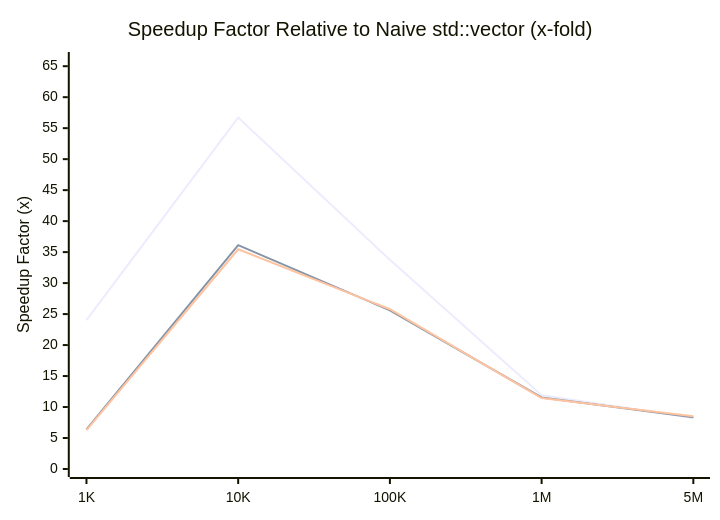
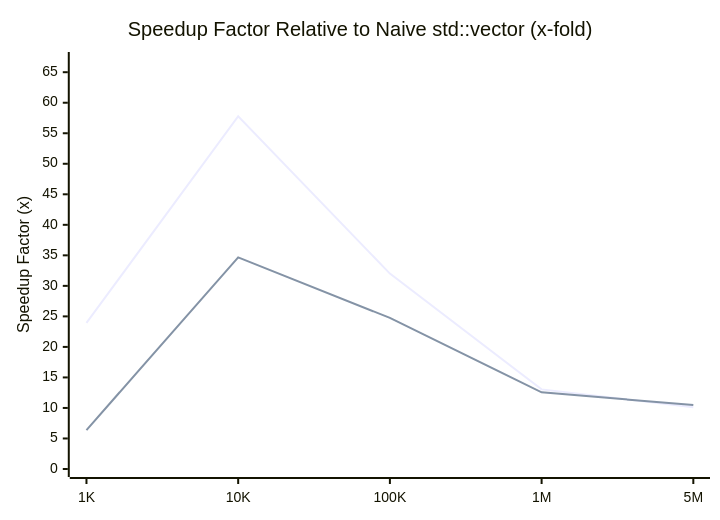
The second of 2 diagrams in README.md (maithreyanprabhu2907-prog/Vector), drawn with Mermaid before and after one commit. The commit also changed other lines of this file and 9 other files, not shown here.

````diff
--- a/README.md
+++ b/README.md
@@ -127,9 +126,8 @@
 ```mermaid
 xychart-beta
     title "Speedup Factor Relative to Naive std::vector (x-fold)"
     x-axis ["1K", "10K", "100K", "1M", "5M"]
-    y-axis "Speedup Factor (x)" 0 --> 66
-    line [24.03, 56.71, 33.75, 11.92, 8.24]
-    line [6.39, 36.13, 25.60, 11.54, 8.34]
-    line [6.28, 35.46, 25.78, 11.44, 8.50]
+    y-axis "Speedup Factor (x)" 0 --> 67
+    line [23.93, 57.78, 32.01, 13.04, 10.11]
+    line [6.38, 34.67, 24.75, 12.56, 10.48]
 ```
````
